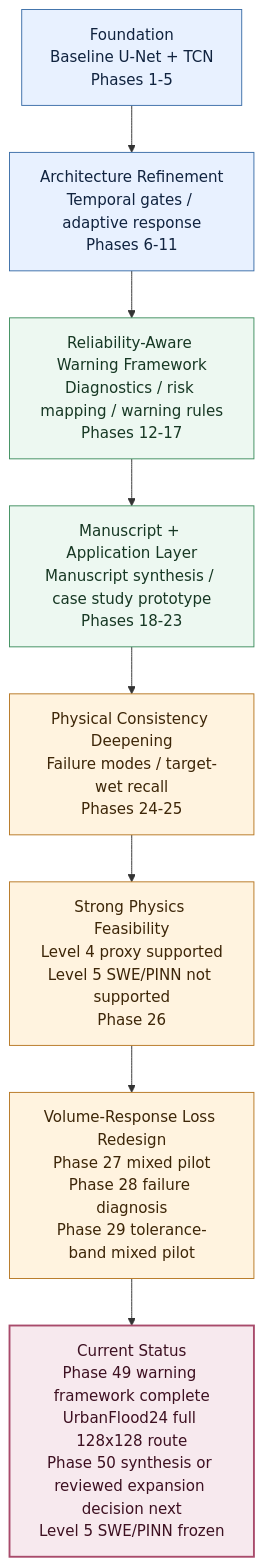
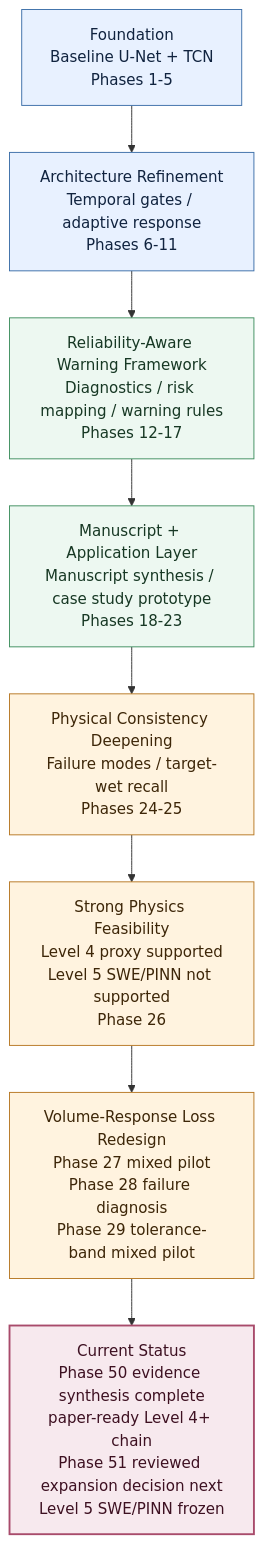
One commit to HolyLin990604/physics-guided-urban-flood-prediction changed the second of 3 diagrams in README.md. Above: the diagram before and after it, drawn with Mermaid. The commit also changed other lines of this file and 2 other files, not shown here.

Commit message:
docs: sync phase50 framework consolidation status

````diff
--- a/README.md
+++ b/README.md
@@ -28,18 +28,18 @@
 ```mermaid
 flowchart TB
     A["Foundation<br/>Baseline U-Net + TCN<br/>Phases 1-5"]:::foundation
     B["Architecture Refinement<br/>Temporal gates / adaptive response<br/>Phases 6-11"]:::foundation
     C["Reliability-Aware Warning Framework<br/>Diagnostics / risk mapping / warning rules<br/>Phases 12-17"]:::reliability
     D["Manuscript + Application Layer<br/>Manuscript synthesis / case study prototype<br/>Phases 18-23"]:::reliability
     E["Physical Consistency Deepening<br/>Failure modes / target-wet recall<br/>Phases 24-25"]:::physics
     F["Strong Physics Feasibility<br/>Level 4 proxy supported<br/>Level 5 SWE/PINN not supported<br/>Phase 26"]:::physics
     G["Volume-Response Loss Redesign<br/>Phase 27 mixed pilot<br/>Phase 28 failure diagnosis<br/>Phase 29 tolerance-band mixed pilot"]:::physics
-    H["Current Status<br/>Phase 49 warning framework complete<br/>UrbanFlood24 full 128x128 route<br/>Phase 50 synthesis or reviewed expansion decision next<br/>Level 5 SWE/PINN frozen"]:::current
+    H["Current Status<br/>Phase 50 evidence synthesis complete<br/>paper-ready Level 4+ chain<br/>Phase 51 reviewed expansion decision next<br/>Level 5 SWE/PINN frozen"]:::current
 
     A --> B --> C --> D --> E --> F --> G --> H
 
     classDef foundation fill:#e8f1ff,stroke:#3b6ea8,stroke-width:1px,color:#10233f
     classDef reliability fill:#edf8f1,stroke:#3f8f5f,stroke-width:1px,color:#173824
     classDef physics fill:#fff3df,stroke:#b77722,stroke-width:1px,color:#3d2608
     classDef current fill:#f7e9ee,stroke:#a84b6b,stroke-width:2px,color:#3d1021
 ```
````
